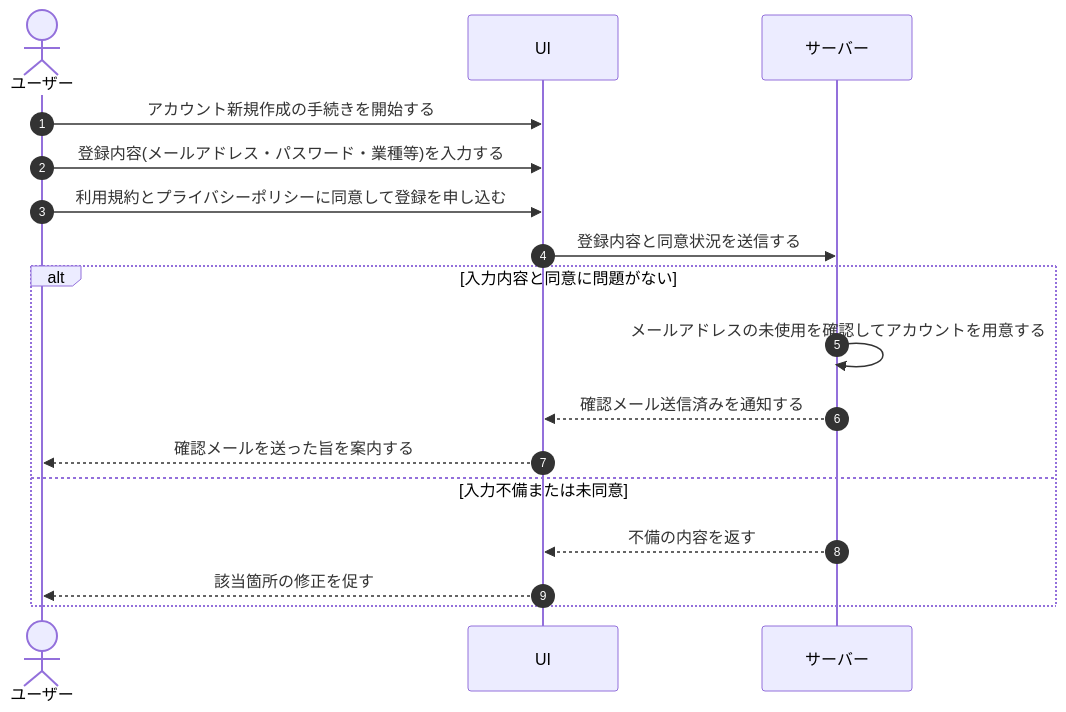
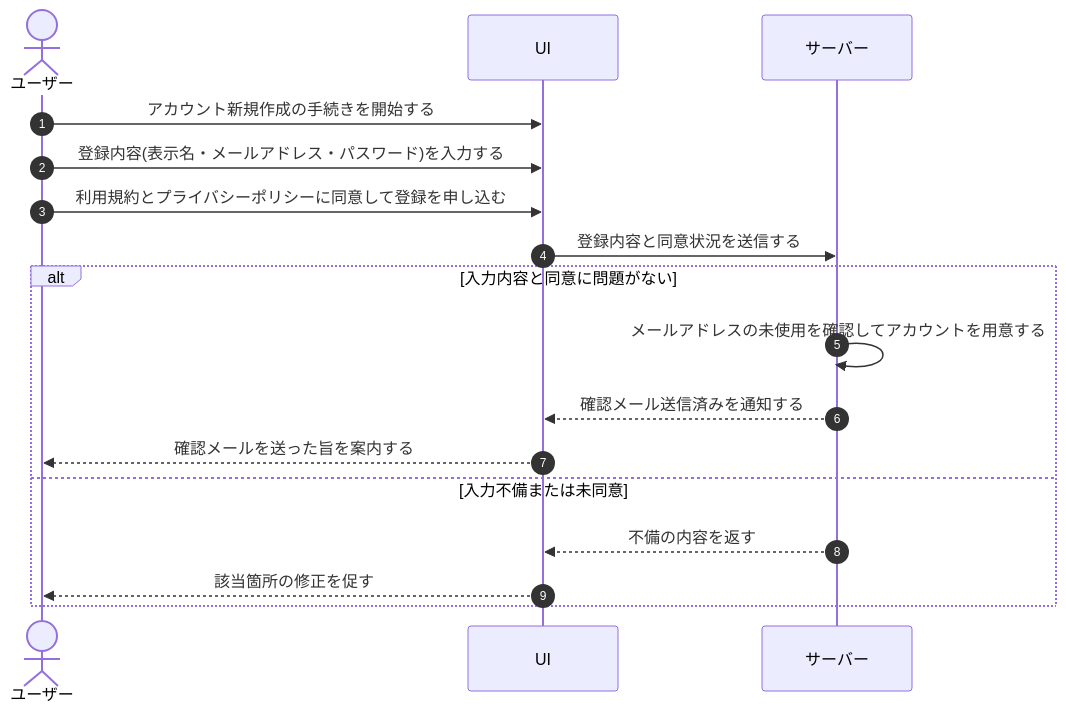
The diagram in 01_requirements/04_business_usecases/UC-002.md (sikakou54/open-faq), drawn with Mermaid before and after one commit. The commit also changed other lines of this file and 25 other files, not shown here.

````diff
--- a/01_requirements/04_business_usecases/UC-002.md
+++ b/01_requirements/04_business_usecases/UC-002.md
@@ -26,19 +26,19 @@
 ```mermaid
 sequenceDiagram
   autonumber
   actor U as ユーザー
   participant UI as UI
   participant S as サーバー
   U->>UI: アカウント新規作成の手続きを開始する
-  U->>UI: 登録内容(メールアドレス・パスワード・業種等)を入力する
+  U->>UI: 登録内容(表示名・メールアドレス・パスワード)を入力する
   U->>UI: 利用規約とプライバシーポリシーに同意して登録を申し込む
   UI->>S: 登録内容と同意状況を送信する
   alt 入力内容と同意に問題がない
     S->>S: メールアドレスの未使用を確認してアカウントを用意する
     S-->>UI: 確認メール送信済みを通知する
     UI-->>U: 確認メールを送った旨を案内する
   else 入力不備または未同意
     S-->>UI: 不備の内容を返す
     UI-->>U: 該当箇所の修正を促す
   end
 ```
````
